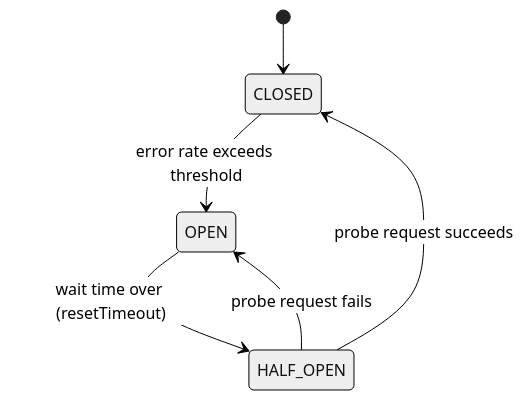
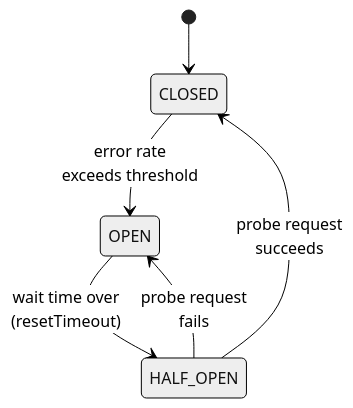
Before and after one commit to duongbui234/software-engineering-atlas: the second of 2 diagrams in content/en/posts/2026-11-18-api-reliability.md, drawn with Mermaid (neutral theme). The commit also changed other lines of this file and 134 other files, not shown here.

First line of the commit message:
Fit every Mermaid diagram at 390px without sideways scroll (#56)

````diff
--- a/content/en/posts/2026-11-18-api-reliability.md
+++ b/content/en/posts/2026-11-18-api-reliability.md
@@ -199,8 +196,9 @@
 ```mermaid
 stateDiagram-v2
+    direction TB
     [*] --> CLOSED
-    CLOSED --> OPEN: error rate exceeds threshold
-    OPEN --> HALF_OPEN: wait time over (resetTimeout)
-    HALF_OPEN --> CLOSED: probe request succeeds
-    HALF_OPEN --> OPEN: probe request fails
+    CLOSED --> OPEN: error rate<br/>exceeds threshold
+    OPEN --> HALF_OPEN: wait time over<br/>(resetTimeout)
+    HALF_OPEN --> CLOSED: probe request<br/>succeeds
+    HALF_OPEN --> OPEN: probe request<br/>fails
 ```
````
